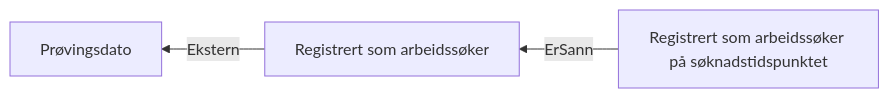
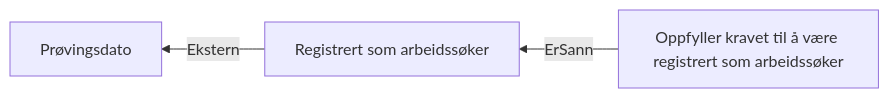
Before and after one commit to navikt/dp-behandling: the diagram in docs/regler/§ 4-5. Registrering som arbeidssøker.approved.md, drawn with Mermaid. The commit also changed 11 other files, not shown here.

Commit message:
Gjør `Oppfyller kravet til å være registrert som arbeidssøker` redigerbar og synlig for saksbehandler. Denne kan brukes til å overstyre arbeidssøkerregisteret.

````diff
--- a/docs/regler/§ 4-5. Registrering som arbeidssøker.approved.md
+++ b/docs/regler/§ 4-5. Registrering som arbeidssøker.approved.md
@@ -5,5 +5,5 @@
 ```mermaid
 graph RL
   A["Registrert som arbeidssøker"] -->|"Ekstern"| B["Prøvingsdato"]
-  C["Registrert som arbeidssøker på søknadstidspunktet"] -->|"ErSann"| A["Registrert som arbeidssøker"]
+  C["Oppfyller kravet til å være registrert som arbeidssøker"] -->|"ErSann"| A["Registrert som arbeidssøker"]
 ```
````
